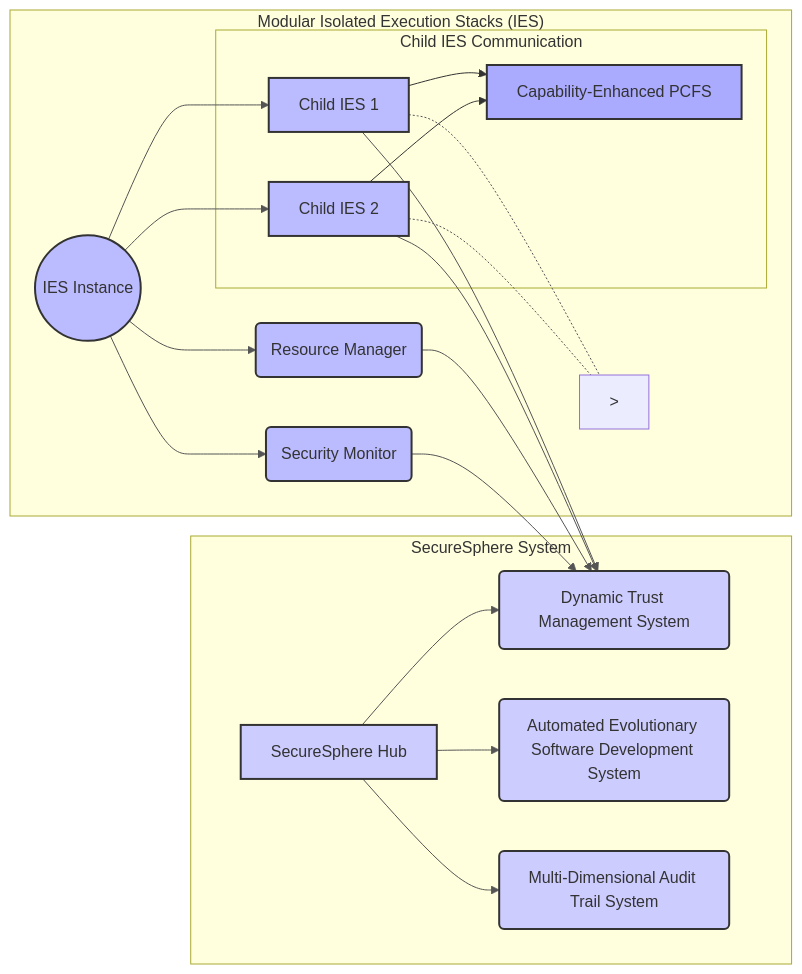
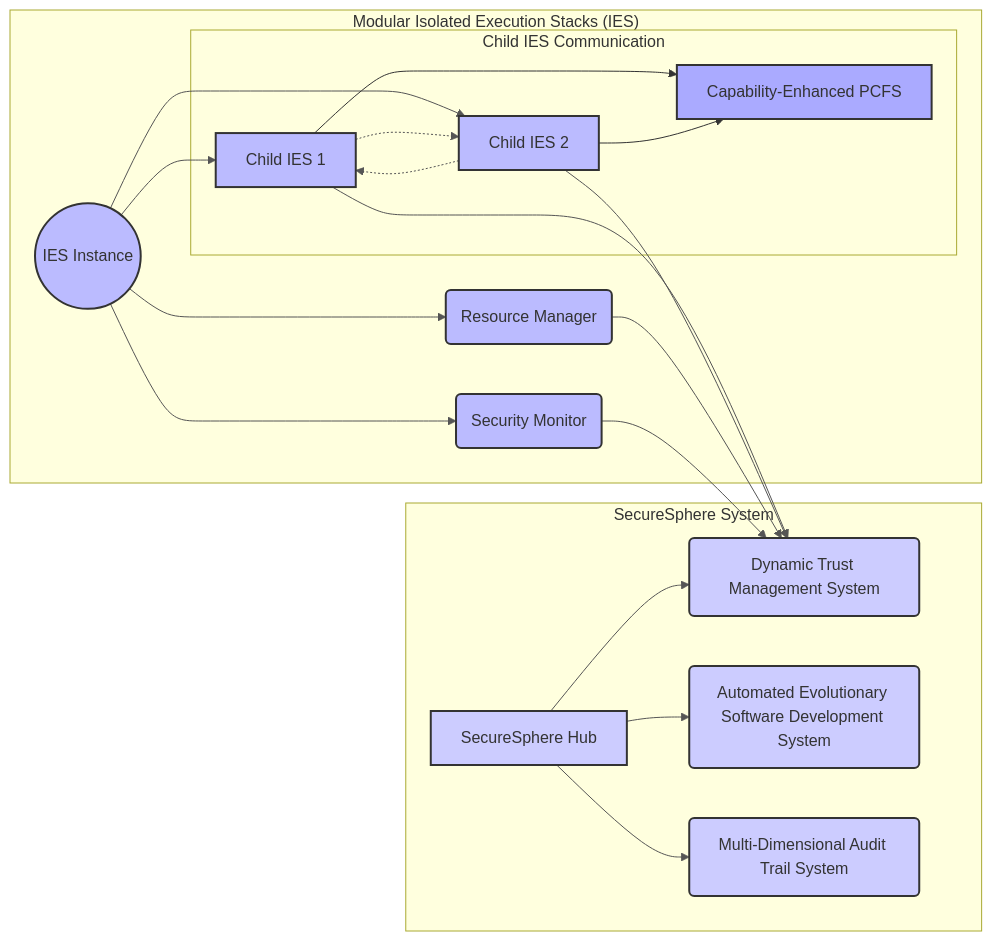
One commit to nshkrdotcom/ASKA changed the eighth of 21 diagrams in 3.md. Above: the diagram before and after it, drawn with Mermaid. The commit also changed other lines of this file and 1 other file, not shown here.

````diff
--- a/3.md
+++ b/3.md
@@ -612,44 +612,44 @@
 ```mermaid
 graph LR
     subgraph SecureSphere_System["SecureSphere System"]
         A[SecureSphere Hub] --> B(Dynamic Trust Management System);
         A --> C(Automated Evolutionary Software Development System);
         A --> D(Multi-Dimensional Audit Trail System);
         style A fill:#ccf,stroke:#333,stroke-width:2px
         style B fill:#ccf,stroke:#333,stroke-width:2px
         style C fill:#ccf,stroke:#333,stroke-width:2px
         style D fill:#ccf,stroke:#333,stroke-width:2px
         class A,B,C,D secure
     end
 
     subgraph IES_Module["Modular Isolated Execution Stacks (IES)"]
         E((IES Instance)) --> F(Resource Manager);
         E --> G(Security Monitor);
         E --> H[Child IES 1];
         E --> I[Child IES 2];
         F --> B;
         G --> B;
         H --> B;
         I --> B;
-        H -.-&gt; I;
-        I -.-&gt; H;
+        H -.-> I;
+        I -.-> H;
         style E fill:#bbf,stroke:#333,stroke-width:2px
         style F fill:#bbf,stroke:#333,stroke-width:2px
         style G fill:#bbf,stroke:#333,stroke-width:2px
         style H fill:#bbf,stroke:#333,stroke-width:2px
         style I fill:#bbf,stroke:#333,stroke-width:2px
         class E,F,G,H,I ies
         subgraph Child_IES_Communication["Child IES Communication"]
             H --> J[Capability-Enhanced PCFS];
             I --> J;
             style J fill:#aaf,stroke:#333,stroke-width:2px
             class J communication
         end
     end
 
     linkStyle 0,1,2,3,4,5,6,7,8,9,10,11,12 stroke:#555,stroke-width:1px
 
     classDef secure fill:#ccf,stroke:#333,stroke-width:2px
     classDef ies fill:#bbf,stroke:#333,stroke-width:2px
     classDef communication fill:#aaf,stroke:#333,stroke-width:2px
 ```
````
